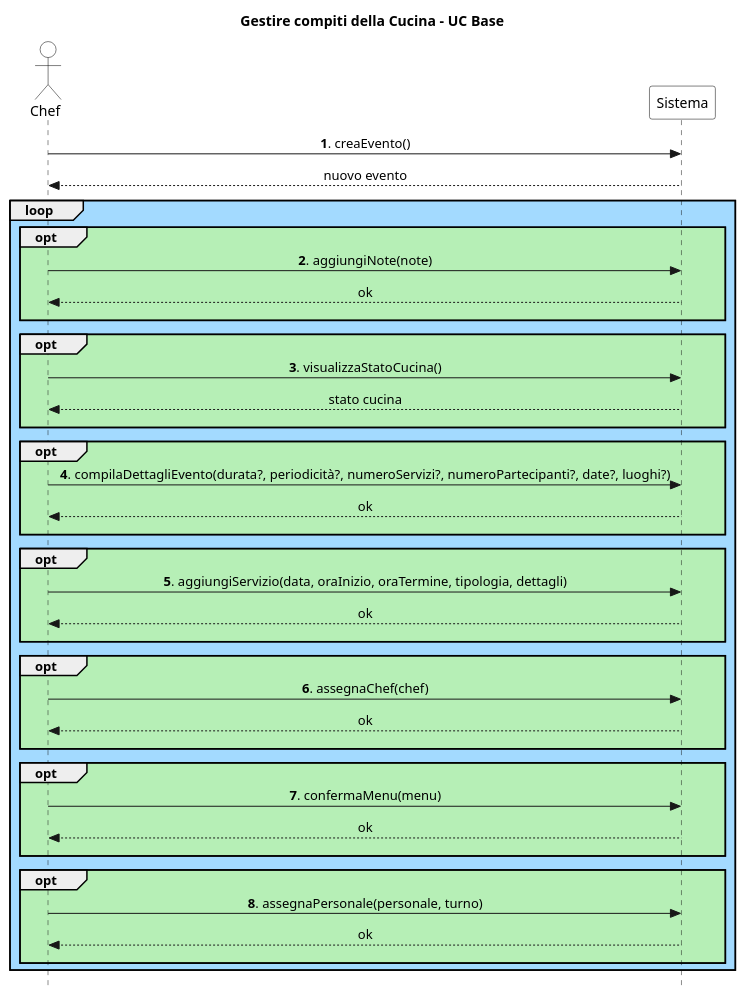
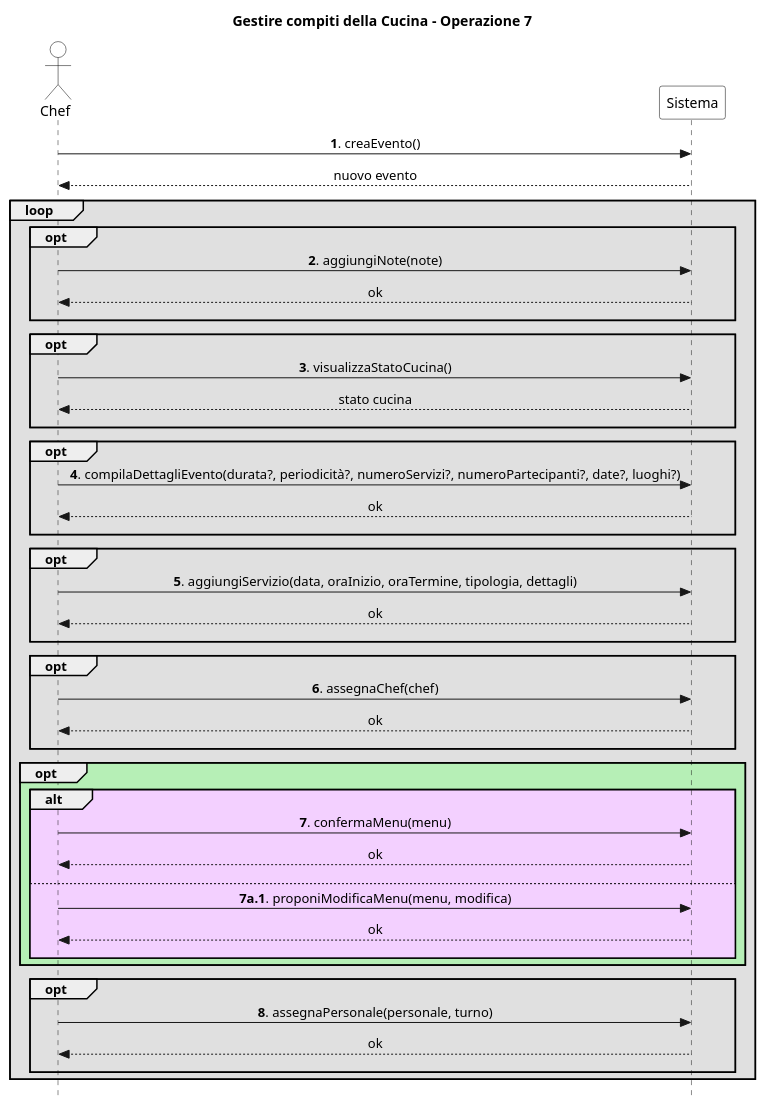
Before and after one commit to stefa168/sas-project: the diagram in UC Gestire Eventi/SSD/Estensioni-Eccezioni Op7.puml, drawn with PlantUML.

Commit message:
Aggiunta estensione

```diff
--- a/UC Gestire Eventi/SSD/Estensioni-Eccezioni Op7.puml
+++ b/UC Gestire Eventi/SSD/Estensioni-Eccezioni Op7.puml
@@ -1,63 +1,69 @@
 @startuml
 skinparam Style strictuml
 skinparam SequenceMessageAlign center
 
 skinparam sequence {
     ActorBorderColor Black
     ActorBackgroundColor White
     ParticipantBorderColor Black
     ParticipantBackgroundColor White
 }
 
 actor Chef
 participant Sistema
 
-title Gestire compiti della Cucina - UC Base
+title Gestire compiti della Cucina - Operazione 7
 
 Chef -> Sistema: **1**. creaEvento()
 return nuovo evento
 
-loop #a3daff
-    opt #b6efb6
+loop #e0e0e0
+    opt #e0e0e0
         Chef -> Sistema: **2**. aggiungiNote(note)
         return ok
         ||10||
     end
 
-    opt #b6efb6
+    opt #e0e0e0
         Chef -> Sistema: **3**. visualizzaStatoCucina()
         return stato cucina
         ||10||
     end
 
-    opt #b6efb6
+    opt #e0e0e0
         Chef -> Sistema: **4**. compilaDettagliEvento(durata?, periodicità?, numeroServizi?, numeroPartecipanti?, date?, luoghi?)
         return ok
         ||10||
     end
 
-    opt #b6efb6
+    opt #e0e0e0
         Chef -> Sistema: **5**. aggiungiServizio(data, oraInizio, oraTermine, tipologia, dettagli)
         return ok
         ||10||
     end
 
-    opt #b6efb6
+    opt #e0e0e0
         Chef -> Sistema: **6**. assegnaChef(chef)
         return ok
         ||10||
     end
 
     opt #b6efb6
-        Chef -> Sistema: **7**. confermaMenu(menu)
-        return ok
-        ||10||
+        alt #f3d0ff
+            Chef -> Sistema: **7**. confermaMenu(menu)
+            return ok
+            ||10||
+        else
+            Chef -> Sistema: **7a.1**. proponiModificaMenu(menu, modifica)
+            return ok
+            ||10||
+        end
     end
 
-    opt #b6efb6
+    opt #e0e0e0
         Chef -> Sistema: **8**. assegnaPersonale(personale, turno)
         return ok
         ||10||
     end
 end
 @enduml
```
